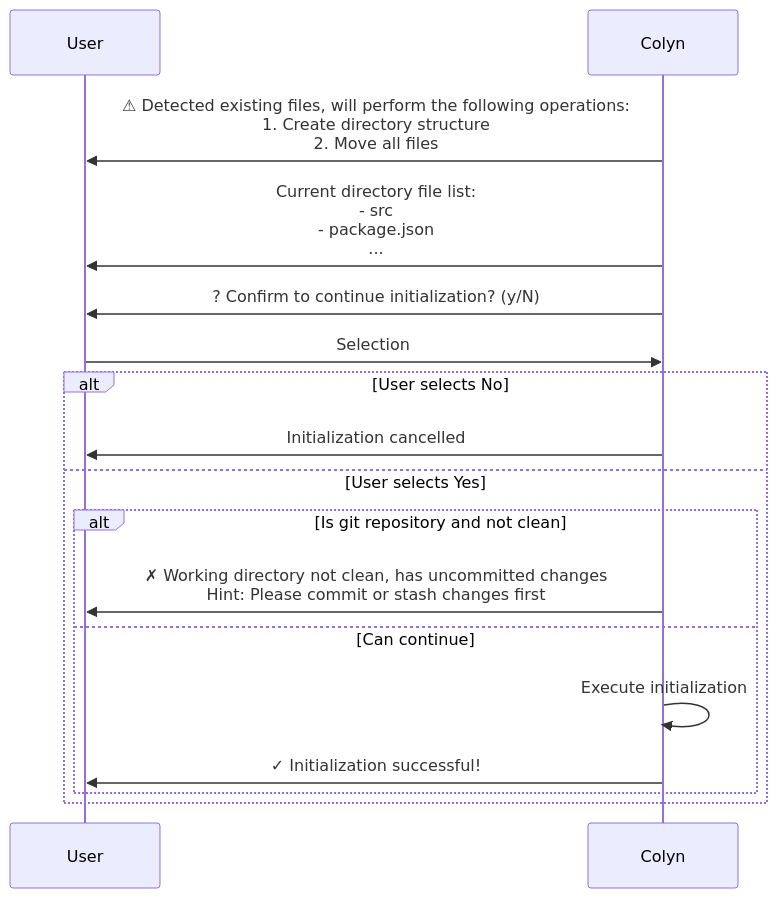
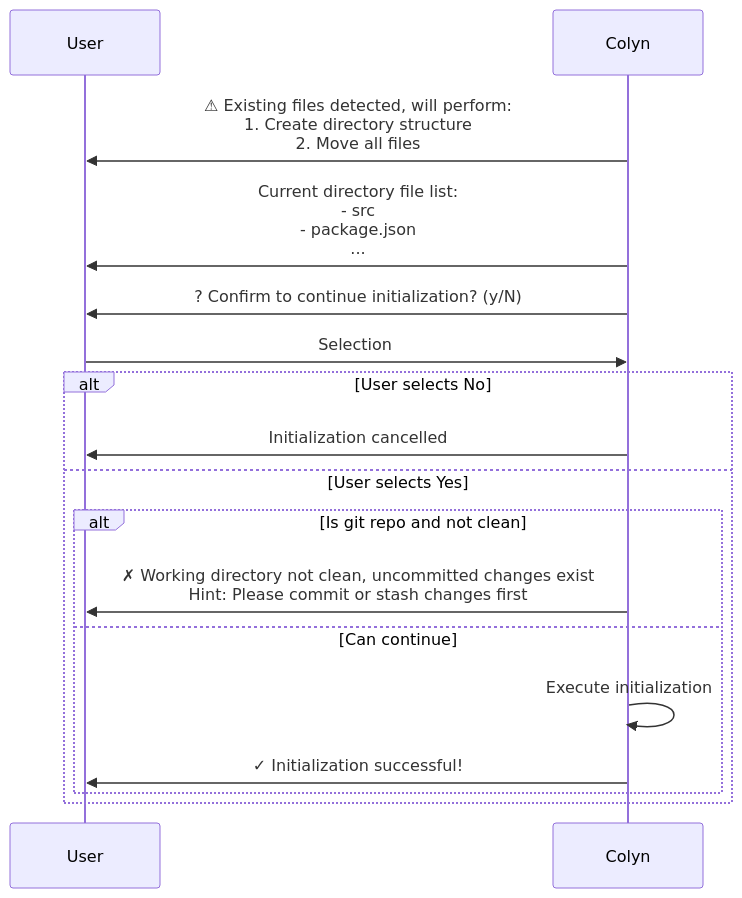
The third of 6 diagrams in docs-en/design-init-command.md (colin-han/colyn), drawn with Mermaid before and after one commit. The commit also changed other lines of this file and 11 other files, not shown here.

````diff
--- a/docs-en/design-init-command.md
+++ b/docs-en/design-init-command.md
@@ -263,22 +263,22 @@
 ```mermaid
 sequenceDiagram
     participant U as User
     participant C as Colyn
 
-    C->>U: ⚠ Detected existing files, will perform the following operations:<br/>1. Create directory structure<br/>2. Move all files
+    C->>U: ⚠ Existing files detected, will perform:<br/>1. Create directory structure<br/>2. Move all files
     C->>U: Current directory file list:<br/>- src<br/>- package.json<br/>...
     C->>U: ? Confirm to continue initialization? (y/N)
 
     U->>C: Selection
 
     alt User selects No
         C->>U: Initialization cancelled
     else User selects Yes
-        alt Is git repository and not clean
-            C->>U: ✗ Working directory not clean, has uncommitted changes<br/>Hint: Please commit or stash changes first
+        alt Is git repo and not clean
+            C->>U: ✗ Working directory not clean, uncommitted changes exist<br/>Hint: Please commit or stash changes first
         else Can continue
             C->>C: Execute initialization
             C->>U: ✓ Initialization successful!
         end
     end
 ```
````
